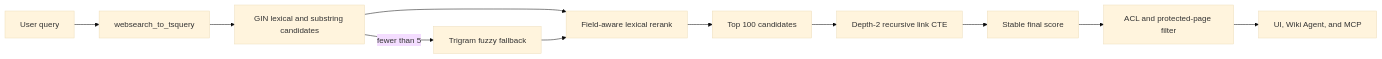
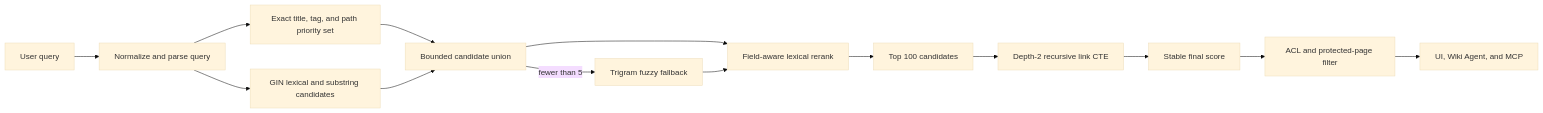
Before and after one commit to PhilosophiMoonbeam/tsEpistle: the diagram in docs/search-architecture.md, drawn with Mermaid (base theme). The commit also changed other lines of this file and 16 other files, not shown here.

````diff
--- a/docs/search-architecture.md
+++ b/docs/search-architecture.md
@@ -47,13 +53,16 @@
 ```mermaid
 flowchart LR
-    Q[User query] --> P[websearch_to_tsquery]
-    P --> E[GIN lexical and substring candidates]
-    E -->|fewer than 5| F[Trigram fuzzy fallback]
-    E --> R[Field-aware lexical rerank]
+    Q[User query] --> P[Normalize and parse query]
+    P --> E[Exact title, tag, and path priority set]
+    P --> L[GIN lexical and substring candidates]
+    E --> B[Bounded candidate union]
+    L --> B
+    B -->|fewer than 5| F[Trigram fuzzy fallback]
+    B --> R[Field-aware lexical rerank]
     F --> R
     R --> C[Top 100 candidates]
     C --> G[Depth-2 recursive link CTE]
     G --> S[Stable final score]
     S --> A[ACL and protected-page filter]
     A --> U[UI, Wiki Agent, and MCP]
 ```
````
